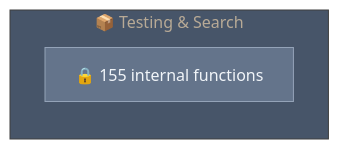
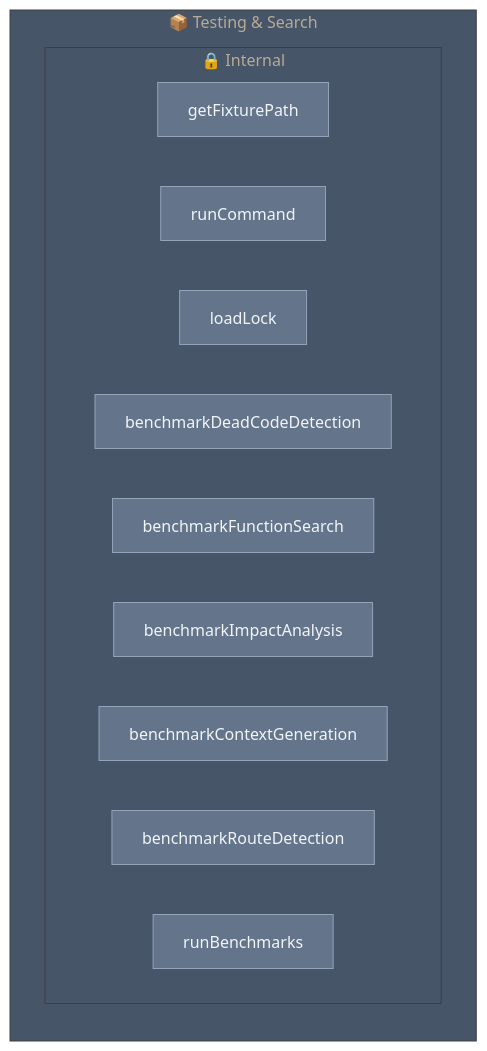
One commit to Ansh-dhanani/mikk changed the diagram in .mikk/diagrams/capsules/web-mesh-benchmarks.mmd. Above: the diagram before and after it, drawn with Mermaid. The commit also changed 41 other files, not shown here.

```diff
--- a/.mikk/diagrams/capsules/web-mesh-benchmarks.mmd
+++ b/.mikk/diagrams/capsules/web-mesh-benchmarks.mmd
@@ -1,12 +1,30 @@
 %%{init: {"theme": "base", "themeVariables": {"primaryColor": "#1e293b", "primaryTextColor": "#e2e8f0", "lineColor": "#64748b", "secondaryColor": "#334155", "tertiaryColor": "#475569", "background": "#0f172a", "mainBkg": "#1e293b", "nodeBorder": "#475569"}}}%%
 graph LR
 
     subgraph web_mesh_benchmarks["📦 Testing & Search"]
         direction TB
-        internal["🔒 155 internal functions"]
+        subgraph internal["🔒 Internal"]
+            fn_c__users_ansh_desktop_web_mesh_benchmarks_ground_truth_benchmark_ts_getfixturepath["getFixturePath"]
+            fn_c__users_ansh_desktop_web_mesh_benchmarks_ground_truth_benchmark_ts_runcommand["runCommand"]
+            fn_c__users_ansh_desktop_web_mesh_benchmarks_ground_truth_benchmark_ts_loadlock["loadLock"]
+            fn_c__users_ansh_desktop_web_mesh_benchmarks_ground_truth_benchmark_ts_benchmarkdeadcodedetection["benchmarkDeadCodeDetection"]
+            fn_c__users_ansh_desktop_web_mesh_benchmarks_ground_truth_benchmark_ts_benchmarkfunctionsearch["benchmarkFunctionSearch"]
+            fn_c__users_ansh_desktop_web_mesh_benchmarks_ground_truth_benchmark_ts_benchmarkimpactanalysis["benchmarkImpactAnalysis"]
+            fn_c__users_ansh_desktop_web_mesh_benchmarks_ground_truth_benchmark_ts_benchmarkcontextgeneration["benchmarkContextGeneration"]
+            fn_c__users_ansh_desktop_web_mesh_benchmarks_ground_truth_benchmark_ts_benchmarkroutedetection["benchmarkRouteDetection"]
+            fn_c__users_ansh_desktop_web_mesh_benchmarks_ground_truth_benchmark_ts_runbenchmarks["runBenchmarks"]
+        end
     end
 
 
     classDef publicApi fill:#22c55e,stroke:#4ade80,color:#f0fdf4
     classDef internalApi fill:#64748b,stroke:#94a3b8,color:#f1f5f9
-    class internal internalApi
+    class fn_c__users_ansh_desktop_web_mesh_benchmarks_ground_truth_benchmark_ts_getfixturepath internalApi
+    class fn_c__users_ansh_desktop_web_mesh_benchmarks_ground_truth_benchmark_ts_runcommand internalApi
+    class fn_c__users_ansh_desktop_web_mesh_benchmarks_ground_truth_benchmark_ts_loadlock internalApi
+    class fn_c__users_ansh_desktop_web_mesh_benchmarks_ground_truth_benchmark_ts_benchmarkdeadcodedetection internalApi
+    class fn_c__users_ansh_desktop_web_mesh_benchmarks_ground_truth_benchmark_ts_benchmarkfunctionsearch internalApi
+    class fn_c__users_ansh_desktop_web_mesh_benchmarks_ground_truth_benchmark_ts_benchmarkimpactanalysis internalApi
+    class fn_c__users_ansh_desktop_web_mesh_benchmarks_ground_truth_benchmark_ts_benchmarkcontextgeneration internalApi
+    class fn_c__users_ansh_desktop_web_mesh_benchmarks_ground_truth_benchmark_ts_benchmarkroutedetection internalApi
+    class fn_c__users_ansh_desktop_web_mesh_benchmarks_ground_truth_benchmark_ts_runbenchmarks internalApi
```
